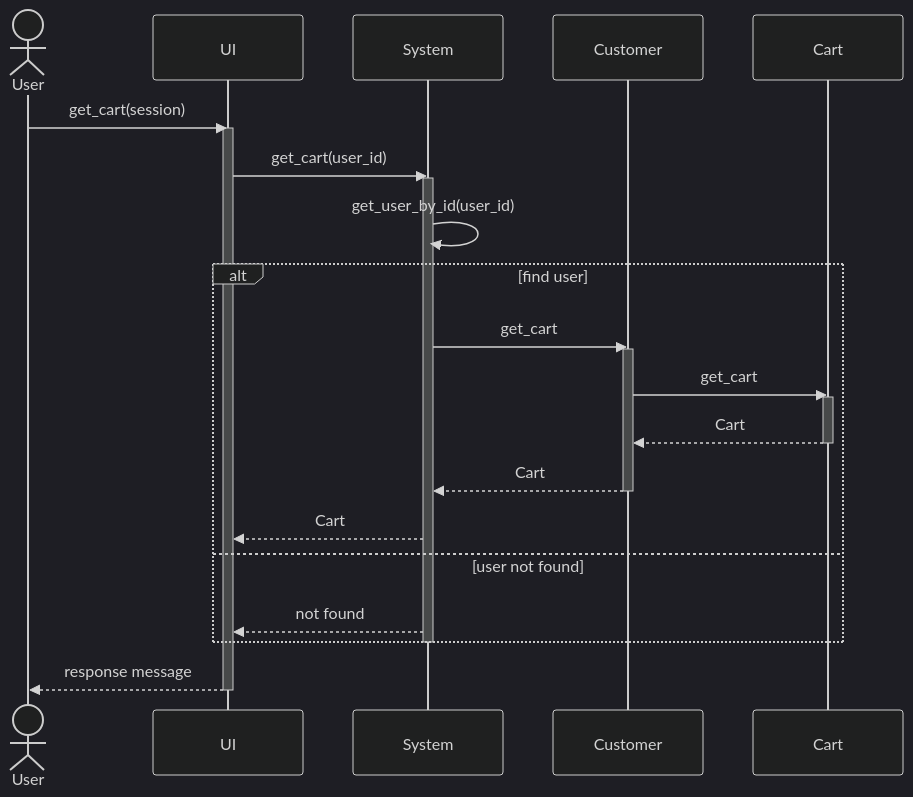
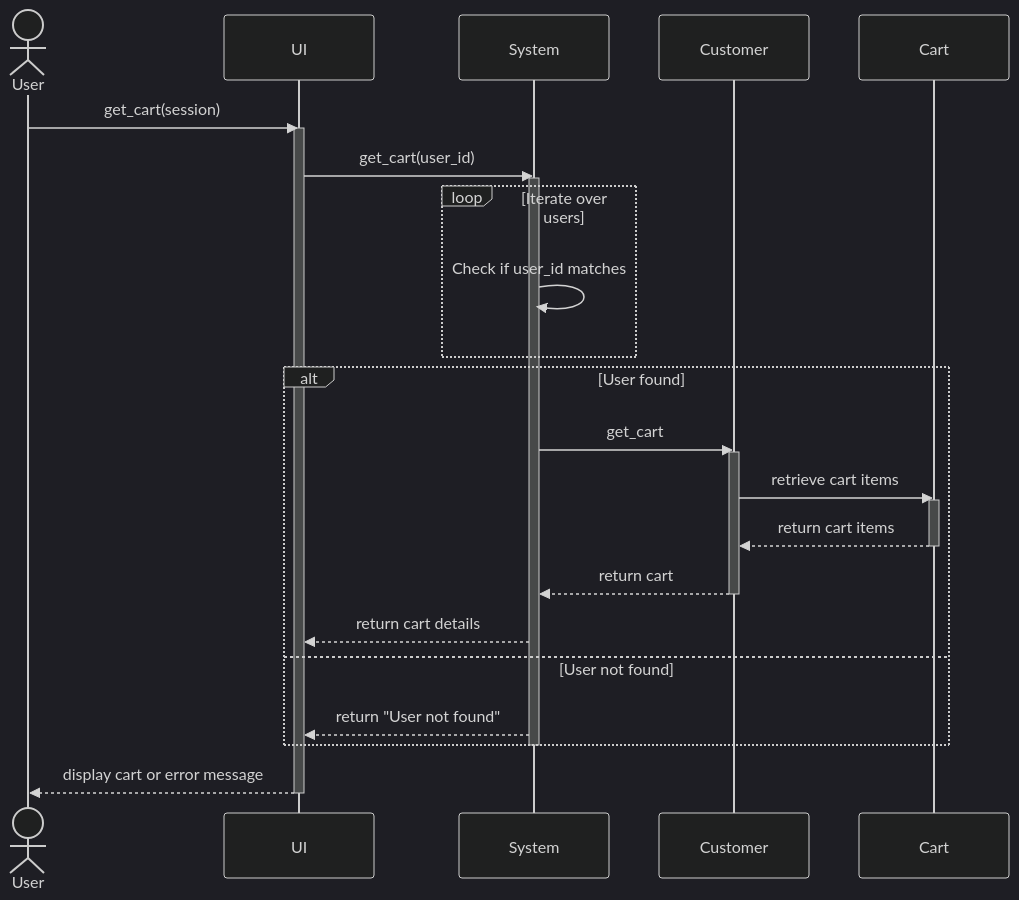
One commit to Bokutosimp/CE_OOP_PROJECT changed the diagram in diagram/sequence/cart/view_cart.md. Above: the diagram before and after it, drawn with Mermaid. The commit also changed 5 other files, not shown here.

````diff
--- a/diagram/sequence/cart/view_cart.md
+++ b/diagram/sequence/cart/view_cart.md
@@ -1,36 +1,41 @@
 ```mermaid
 ---
 config:
   theme: dark
   look: classic
 ---
 
 sequenceDiagram
     actor User
     participant UI
     participant System
     participant Customer
     participant Cart
 
     User ->> UI: get_cart(session)
     activate UI
     UI ->> System: get_cart(user_id)
     activate System
-    System ->> System : get_user_by_id(user_id)
-    alt find user
+
+    loop Iterate over users
+        System ->> System: Check if user_id matches
+    end
+
+    alt User found
         System ->> Customer: get_cart
         activate Customer
-        Customer ->> Cart: get_cart
+        Customer ->> Cart: retrieve cart items
         activate Cart
-        Cart -->> Customer: Cart
+        Cart -->> Customer: return cart items
         deactivate Cart
-        Customer -->> System: Cart
+        Customer -->> System: return cart
         deactivate Customer
-        System -->> UI: Cart
-    else user not found
-        System -->> UI : not found
+        System -->> UI: return cart details
+    else User not found
+        System -->> UI: return "User not found"
     end
+
     deactivate System
-    UI -->> User: response message
+    UI -->> User: display cart or error message
     deactivate UI
 ```
````
